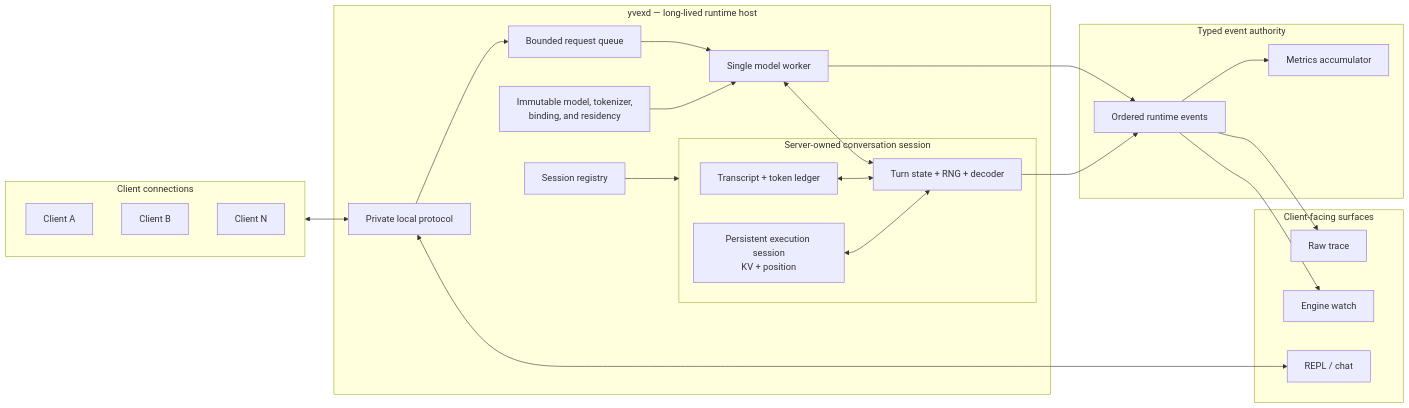
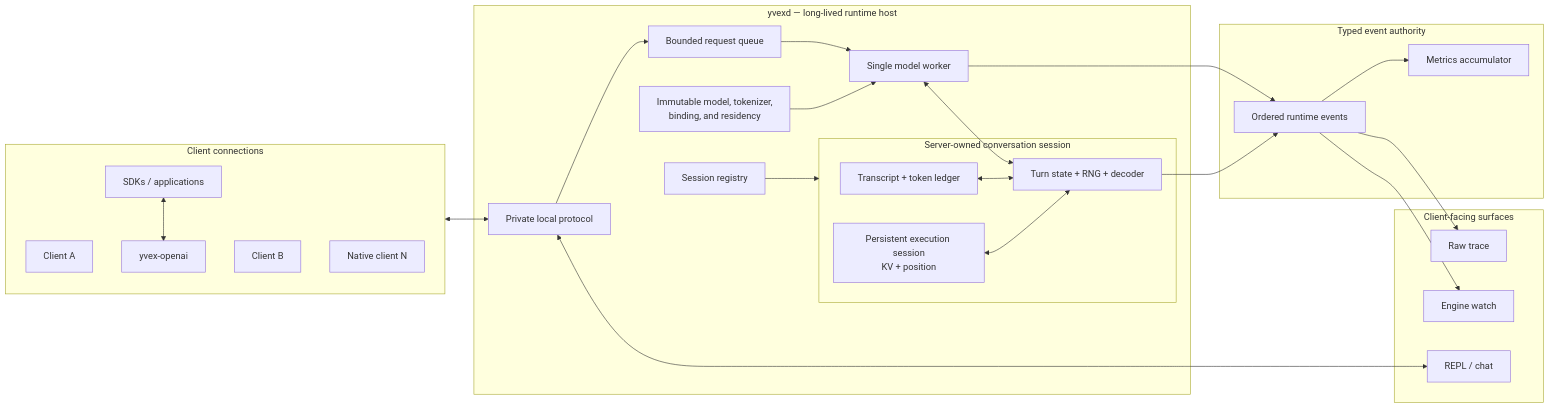
The diagram in docs/diagrams/runtime_host_sessions.mmd (yailabs/clori), drawn with Mermaid before and after one commit. The commit also changed 66 other files, not shown here.

```diff
--- a/docs/diagrams/runtime_host_sessions.mmd
+++ b/docs/diagrams/runtime_host_sessions.mmd
@@ -1,46 +1,49 @@
 flowchart LR
     subgraph clients[Client connections]
         client_a[Client A]
         client_b[Client B]
-        client_n[Client N]
+        native_n[Native client N]
+        gateway[yvex-openai]
+        apps[SDKs / applications]
+        apps <--> gateway
     end
 
     subgraph host[yvexd — long-lived runtime host]
         protocol[Private local protocol]
         resources[Immutable model, tokenizer,<br/>binding, and residency]
         queue[Bounded request queue]
         worker[Single model worker]
         registry[Session registry]
 
         subgraph session[Server-owned conversation session]
             transcript[Transcript + token ledger]
             execution[Persistent execution session<br/>KV + position]
             turn[Turn state + RNG + decoder]
         end
 
         protocol --> queue --> worker
         resources --> worker
         registry --> session
         worker <--> turn
         transcript <--> turn
         execution <--> turn
     end
 
     subgraph telemetry[Typed event authority]
         events[Ordered runtime events]
         metrics[Metrics accumulator]
         events --> metrics
     end
 
     subgraph surfaces[Client-facing surfaces]
         raw[Raw trace]
         watch[Engine watch]
         chat[REPL / chat]
     end
 
     clients <--> protocol
     worker --> events
     turn --> events
     events --> raw
     events --> watch
     protocol <--> chat
```
